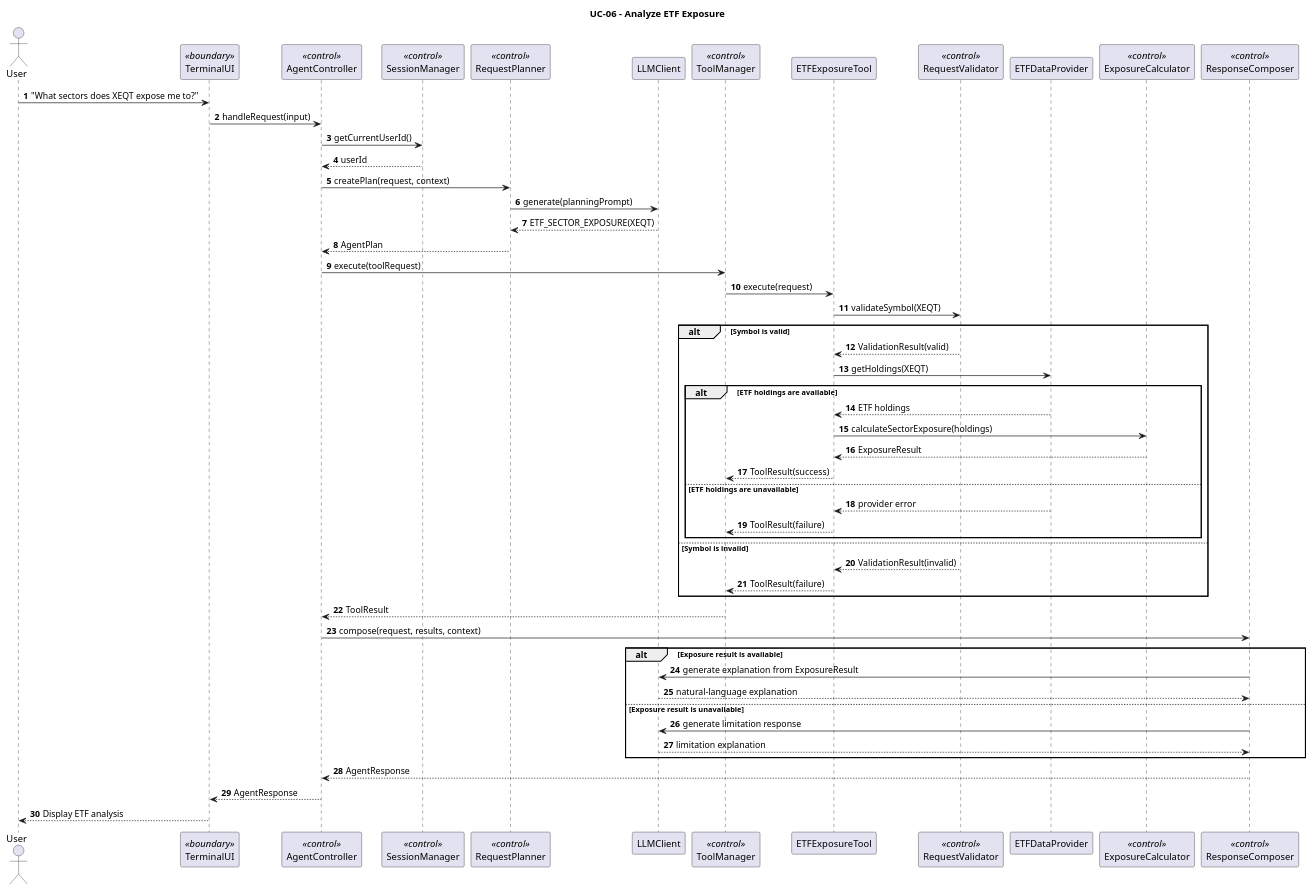
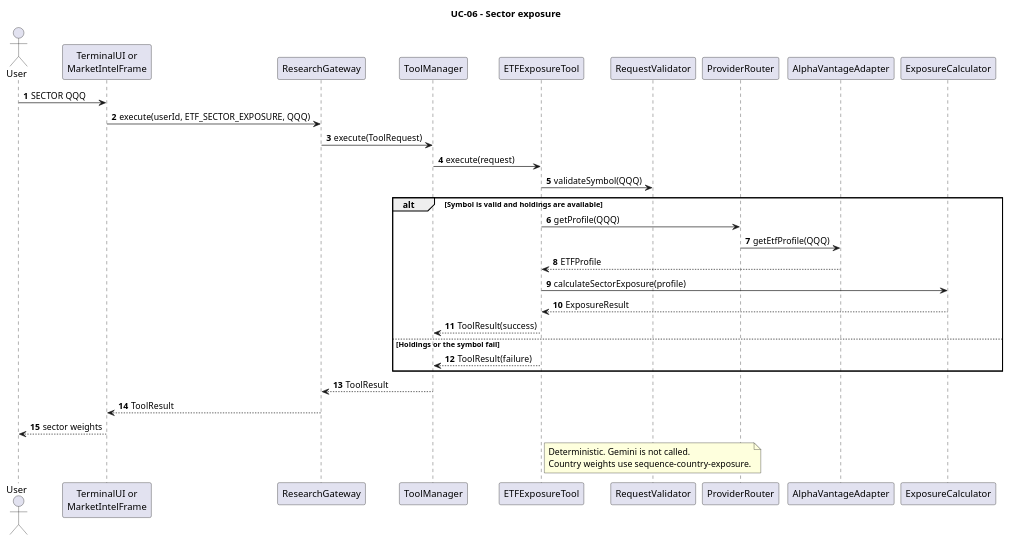
Before and after one commit to xAssasinSoulx/market-intelligence-agent: the diagram in docs/uml/sequence-etf-analysis.puml, drawn with PlantUML. The commit also changed 27 other files, not shown here.

First line of the commit message:
docs: record the Stage 2 implementation in the report and diagrams

```diff
--- a/docs/uml/sequence-etf-analysis.puml
+++ b/docs/uml/sequence-etf-analysis.puml
@@ -1,74 +1,42 @@
 @startuml
-title UC-06 - Analyze ETF Exposure
+title UC-06 - Sector exposure
 
 autonumber
 
 actor User
+participant "TerminalUI or\nMarketIntelFrame" as UI
+participant ResearchGateway
+participant ToolManager
+participant ETFExposureTool
+participant RequestValidator
+participant ProviderRouter
+participant AlphaVantageAdapter
+participant ExposureCalculator
 
-participant TerminalUI <<boundary>>
-participant AgentController <<control>>
-participant SessionManager <<control>>
-participant RequestPlanner <<control>>
-participant LLMClient
-participant ToolManager <<control>>
-participant ETFExposureTool
-participant RequestValidator <<control>>
-participant ETFDataProvider
-participant ExposureCalculator <<control>>
-participant ResponseComposer <<control>>
+User -> UI : SECTOR QQQ
+UI -> ResearchGateway : execute(userId, ETF_SECTOR_EXPOSURE, QQQ)
+ResearchGateway -> ToolManager : execute(ToolRequest)
+ToolManager -> ETFExposureTool : execute(request)
+ETFExposureTool -> RequestValidator : validateSymbol(QQQ)
 
-User -> TerminalUI : "What sectors does XEQT expose me to?"
-TerminalUI -> AgentController : handleRequest(input)
-
-AgentController -> SessionManager : getCurrentUserId()
-SessionManager --> AgentController : userId
-
-AgentController -> RequestPlanner : createPlan(request, context)
-RequestPlanner -> LLMClient : generate(planningPrompt)
-LLMClient --> RequestPlanner : ETF_SECTOR_EXPOSURE(XEQT)
-RequestPlanner --> AgentController : AgentPlan
-
-AgentController -> ToolManager : execute(toolRequest)
-ToolManager -> ETFExposureTool : execute(request)
-
-ETFExposureTool -> RequestValidator : validateSymbol(XEQT)
-
-alt Symbol is valid
-    RequestValidator --> ETFExposureTool : ValidationResult(valid)
-
-    ETFExposureTool -> ETFDataProvider : getHoldings(XEQT)
-
-    alt ETF holdings are available
-        ETFDataProvider --> ETFExposureTool : ETF holdings
-
-        ETFExposureTool -> ExposureCalculator : calculateSectorExposure(holdings)
-        ExposureCalculator --> ETFExposureTool : ExposureResult
-
-        ETFExposureTool --> ToolManager : ToolResult(success)
-    else ETF holdings are unavailable
-        ETFDataProvider --> ETFExposureTool : provider error
-        ETFExposureTool --> ToolManager : ToolResult(failure)
-    end
-
-else Symbol is invalid
-    RequestValidator --> ETFExposureTool : ValidationResult(invalid)
+alt Symbol is valid and holdings are available
+    ETFExposureTool -> ProviderRouter : getProfile(QQQ)
+    ProviderRouter -> AlphaVantageAdapter : getEtfProfile(QQQ)
+    AlphaVantageAdapter --> ETFExposureTool : ETFProfile
+    ETFExposureTool -> ExposureCalculator : calculateSectorExposure(profile)
+    ExposureCalculator --> ETFExposureTool : ExposureResult
+    ETFExposureTool --> ToolManager : ToolResult(success)
+else Holdings or the symbol fail
     ETFExposureTool --> ToolManager : ToolResult(failure)
 end
 
-ToolManager --> AgentController : ToolResult
+ToolManager --> ResearchGateway : ToolResult
+ResearchGateway --> UI : ToolResult
+UI --> User : sector weights
 
-AgentController -> ResponseComposer : compose(request, results, context)
-
-alt Exposure result is available
-    ResponseComposer -> LLMClient : generate explanation from ExposureResult
-    LLMClient --> ResponseComposer : natural-language explanation
-else Exposure result is unavailable
-    ResponseComposer -> LLMClient : generate limitation response
-    LLMClient --> ResponseComposer : limitation explanation
-end
-
-ResponseComposer --> AgentController : AgentResponse
-AgentController --> TerminalUI : AgentResponse
-TerminalUI --> User : Display ETF analysis
+note right of ETFExposureTool
+  Deterministic. Gemini is not called.
+  Country weights use sequence-country-exposure.
+end note
 
 @enduml
```
